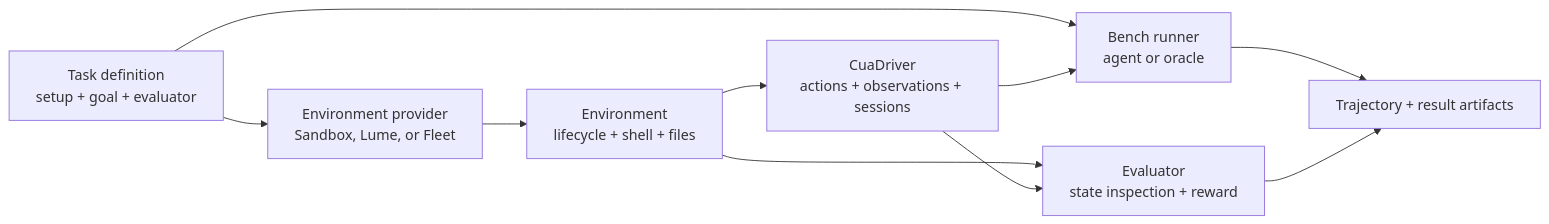
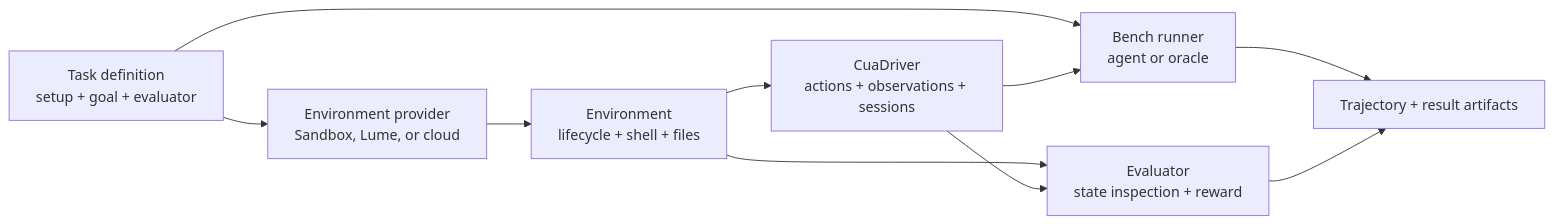
One commit to trycua/cua changed the second of 2 diagrams in docs/rfcs/2512-cua-driver-environment-convergence.md. Above: the diagram before and after it, drawn with Mermaid. The commit also changed other lines of this file and 85 other files, not shown here.

````diff
--- a/docs/rfcs/2512-cua-driver-environment-convergence.md
+++ b/docs/rfcs/2512-cua-driver-environment-convergence.md
@@ -746,20 +743,20 @@
 ```mermaid
 flowchart LR
     TASK["Task definition<br/>setup + goal + evaluator"]
-    PROVIDER["Environment provider<br/>Sandbox, Lume, or Fleet"]
+    PROVIDER["Environment provider<br/>Sandbox, Lume, or cloud"]
     ENV["Environment<br/>lifecycle + shell + files"]
     DRIVER["CuaDriver<br/>actions + observations + sessions"]
     RUNNER["Bench runner<br/>agent or oracle"]
     EVAL["Evaluator<br/>state inspection + reward"]
     ARTIFACTS["Trajectory + result artifacts"]
 
     TASK --> PROVIDER
     PROVIDER --> ENV
     ENV --> DRIVER
     TASK --> RUNNER
     DRIVER --> RUNNER
     ENV --> EVAL
     DRIVER --> EVAL
     RUNNER --> ARTIFACTS
     EVAL --> ARTIFACTS
 ```
````
